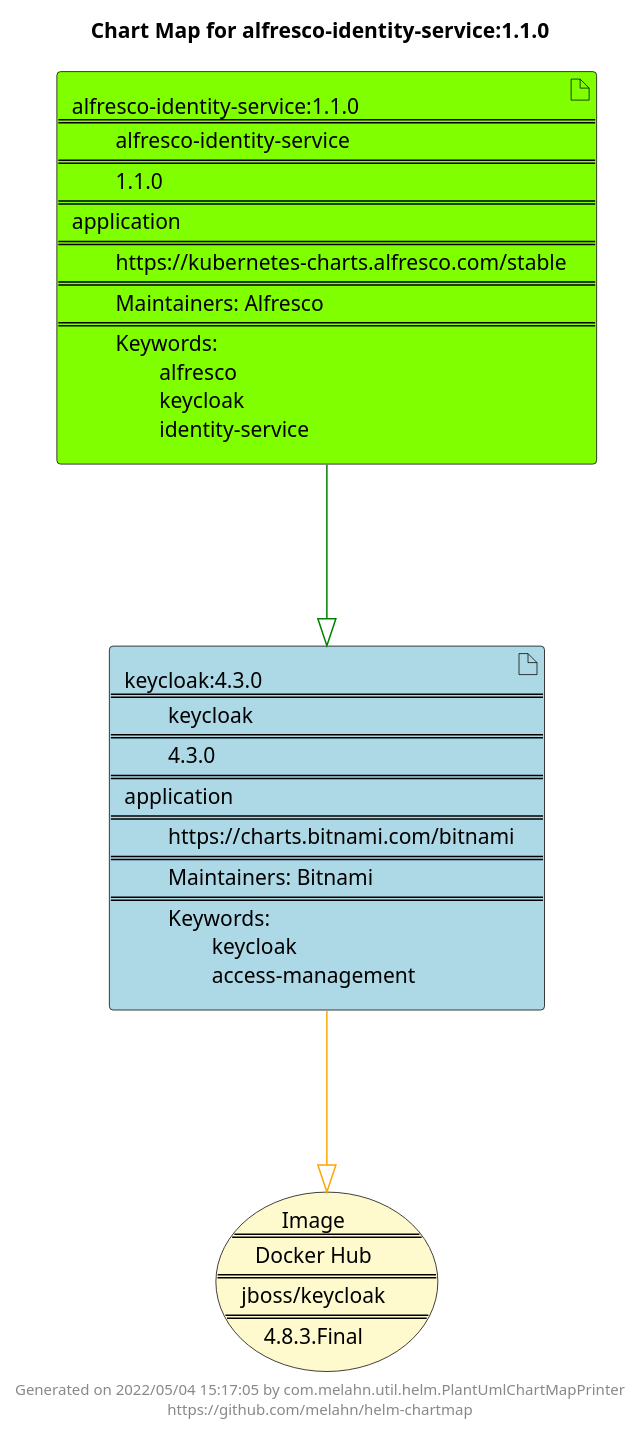
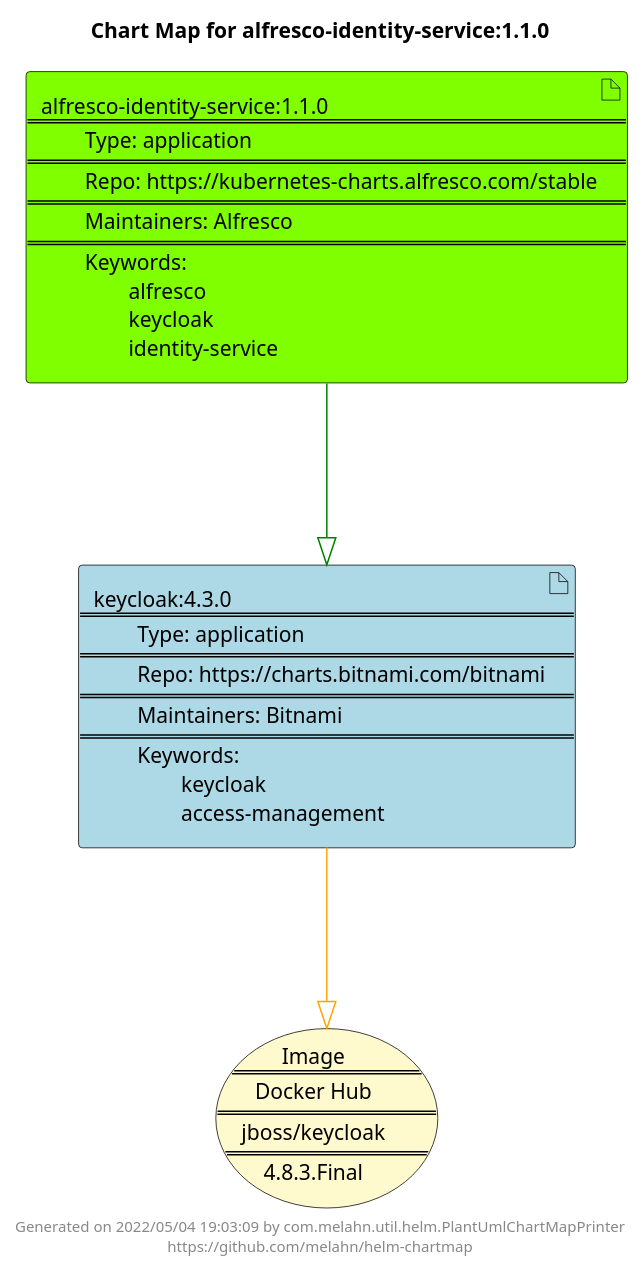
One commit to melahn/helm-chartmap changed the diagram in docs/alfresco-identity-service/alfresco-identity-service-1.1.0.puml. Above: the diagram before and after it, drawn with PlantUML. The commit also changed 54 other files, not shown here.

Commit message:
Update Example Chart Maps as part of GitHub build

```diff
--- a/docs/alfresco-identity-service/alfresco-identity-service-1.1.0.puml
+++ b/docs/alfresco-identity-service/alfresco-identity-service-1.1.0.puml
@@ -1,23 +1,23 @@
 @startuml
 skinparam linetype ortho
 skinparam backgroundColor white
 skinparam usecaseBorderColor black
 skinparam usecaseArrowColor LightSlateGray
 skinparam artifactBorderColor black
 skinparam artifactArrowColor LightSlateGray
 
 title Chart Map for alfresco-identity-service:1.1.0
 
 'There are 2 referenced Helm Charts
-artifact "alfresco-identity-service:1.1.0\n====\n\talfresco-identity-service\n====\n\t1.1.0\n====\napplication\n====\n\thttps://kubernetes-charts.alfresco.com/stable\n====\n\tMaintainers: Alfresco\n====\n\tKeywords: \n\t\talfresco\n\t\tkeycloak\n\t\tidentity-service" as alfresco_identity_service_1_1_0 #Chartreuse
-artifact "keycloak:4.3.0\n====\n\tkeycloak\n====\n\t4.3.0\n====\napplication\n====\n\thttps://charts.bitnami.com/bitnami\n====\n\tMaintainers: Bitnami\n====\n\tKeywords: \n\t\tkeycloak\n\t\taccess-management" as keycloak_4_3_0 #LightBlue
+artifact "alfresco-identity-service:1.1.0\n====\n\tType: application\n====\n\tRepo: https://kubernetes-charts.alfresco.com/stable\n====\n\tMaintainers: Alfresco\n====\n\tKeywords: \n\t\talfresco\n\t\tkeycloak\n\t\tidentity-service" as alfresco_identity_service_1_1_0 #Chartreuse
+artifact "keycloak:4.3.0\n====\n\tType: application\n====\n\tRepo: https://charts.bitnami.com/bitnami\n====\n\tMaintainers: Bitnami\n====\n\tKeywords: \n\t\tkeycloak\n\t\taccess-management" as keycloak_4_3_0 #LightBlue
 
 'There is one referenced Docker Image
 usecase "Image\n====\nDocker Hub\n====\njboss/keycloak\n====\n4.8.3.Final" as jboss_keycloak_4_8_3_Final #LemonChiffon
 
 'Chart Dependencies
 alfresco_identity_service_1_1_0--[#green]-|>keycloak_4_3_0
 keycloak_4_3_0--[#orange]-|>jboss_keycloak_4_8_3_Final
 
-center footer Generated on 2022/05/04 15:17:05 by com.melahn.util.helm.PlantUmlChartMapPrinter\nhttps://github.com/melahn/helm-chartmap
+center footer Generated on 2022/05/04 19:03:09 by com.melahn.util.helm.PlantUmlChartMapPrinter\nhttps://github.com/melahn/helm-chartmap
 @enduml
```
